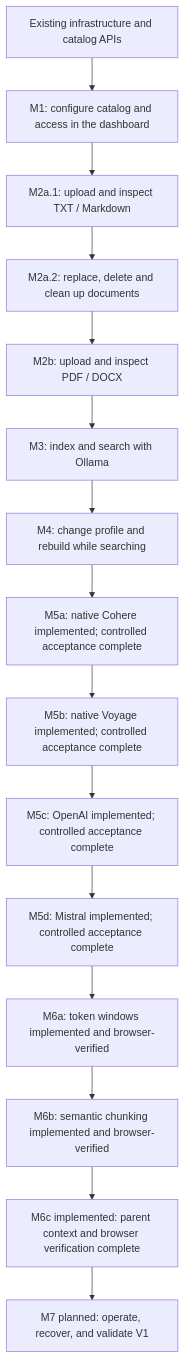
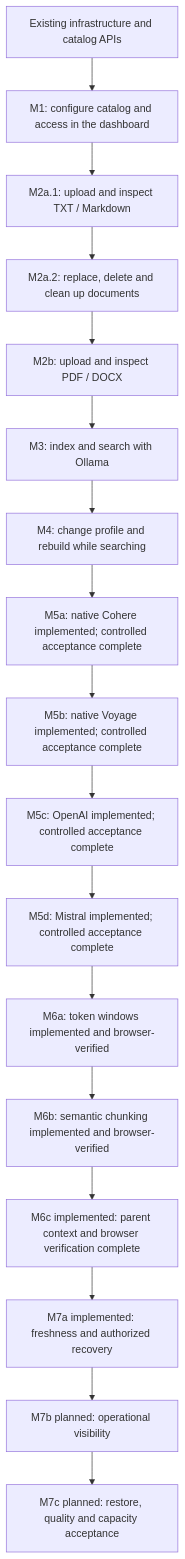
Before and after one commit to SimonLoir/vectorix: the fifth of 5 diagrams in docs/rag-implementation-plan.md, drawn with Mermaid. The commit also changed other lines of this file and 50 other files, not shown here.

Commit message:
feat(rag): add collection freshness and synchronization recovery

````diff
--- a/docs/rag-implementation-plan.md
+++ b/docs/rag-implementation-plan.md
@@ -264,17 +266,19 @@
 ```mermaid
 flowchart TD
     BASE["Existing infrastructure and catalog APIs"] --> M1["M1: configure catalog and access in the dashboard"]
     M1 --> M2A["M2a.1: upload and inspect TXT / Markdown"]
     M2A --> M2A2["M2a.2: replace, delete and clean up documents"]
     M2A2 --> M2B["M2b: upload and inspect PDF / DOCX"]
     M2B --> M3["M3: index and search with Ollama"]
     M3 --> M4["M4: change profile and rebuild while searching"]
     M4 --> M5A["M5a: native Cohere implemented; controlled acceptance complete"]
     M5A --> M5B["M5b: native Voyage implemented; controlled acceptance complete"]
     M5B --> M5C["M5c: OpenAI implemented; controlled acceptance complete"]
     M5C --> M5D["M5d: Mistral implemented; controlled acceptance complete"]
     M5D --> M6A["M6a: token windows implemented and browser-verified"]
     M6A --> M6B["M6b: semantic chunking implemented and browser-verified"]
     M6B --> M6C["M6c implemented: parent context and browser verification complete"]
-    M6C --> M7["M7 planned: operate, recover, and validate V1"]
+    M6C --> M7A["M7a implemented: freshness and authorized recovery"]
+    M7A --> M7B["M7b planned: operational visibility"]
+    M7B --> M7C["M7c planned: restore, quality and capacity acceptance"]
 ```
````
